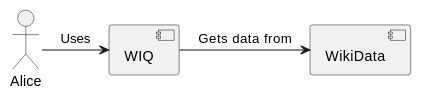
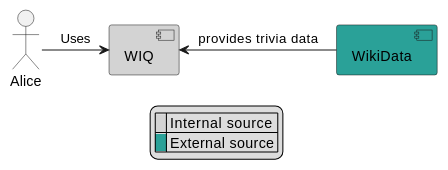
The first of 3 diagrams in docs/src/05_building_block_view.adoc (Arquisoft/wiq_es1c), drawn with PlantUML before and after one commit. The commit also changed other lines of this file, not shown here.

```diff
--- a/docs/src/05_building_block_view.adoc
+++ b/docs/src/05_building_block_view.adoc
@@ -4,9 +4,14 @@
 [plantuml,"Whitebox",png]
 ----
 actor a as "Alice"
-Component w as "WIQ"
-Component q as "WikiData"
+Component w as "WIQ" #LightGray
+Component q as "WikiData" #2aa198
 
-a -> w: Uses 
-w -> q: Gets data from
+a -> w: Uses
+q -left-> w: provides trivia data
+
+legend
+ |<back:#LightGray>   </back>| Internal source |
+ |<back:#2aa198>   </back>| External source |
+endlegend
 ----
```
